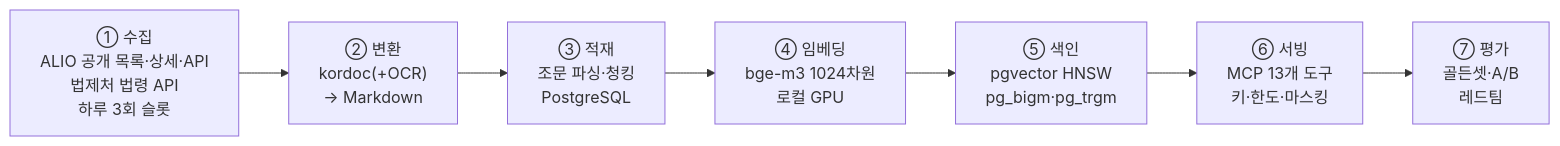
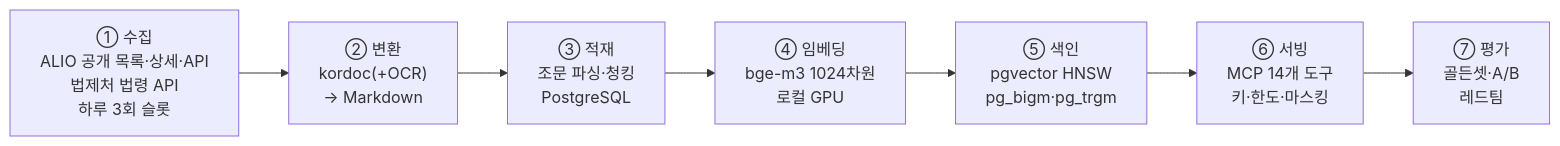
One commit to bigone-kcrew/alio-rag changed the diagram in README.md. Above: the diagram before and after it, drawn with Mermaid. The commit also changed other lines of this file and 17 other files, not shown here.

````diff
--- a/README.md
+++ b/README.md
@@ -33,9 +33,9 @@
 ```mermaid
 flowchart LR
   A["① 수집<br/>ALIO 공개 목록·상세·API<br/>법제처 법령 API<br/>하루 3회 슬롯"] --> B["② 변환<br/>kordoc(+OCR)<br/>→ Markdown"]
   B --> C["③ 적재<br/>조문 파싱·청킹<br/>PostgreSQL"]
   C --> D["④ 임베딩<br/>bge-m3 1024차원<br/>로컬 GPU"]
   D --> E["⑤ 색인<br/>pgvector HNSW<br/>pg_bigm·pg_trgm"]
-  E --> F["⑥ 서빙<br/>MCP 13개 도구<br/>키·한도·마스킹"]
+  E --> F["⑥ 서빙<br/>MCP 14개 도구<br/>키·한도·마스킹"]
   F --> G["⑦ 평가<br/>골든셋·A/B<br/>레드팀"]
 ```
````
